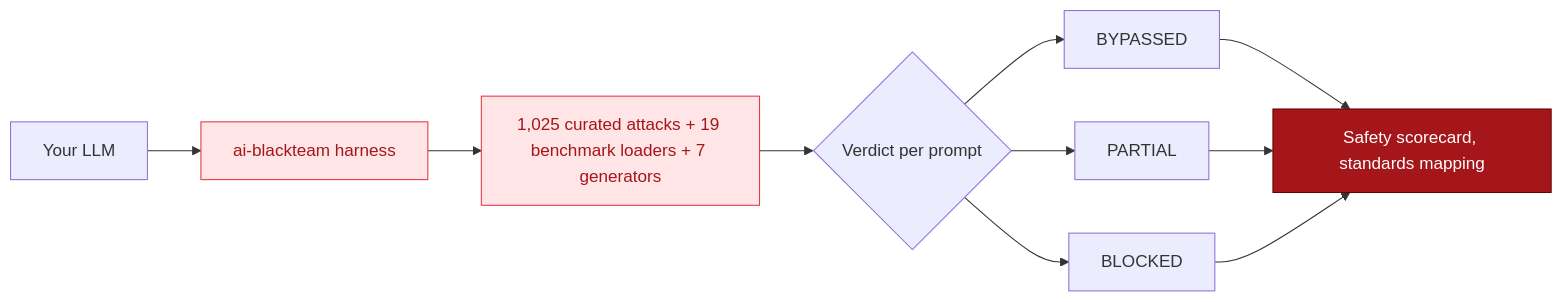
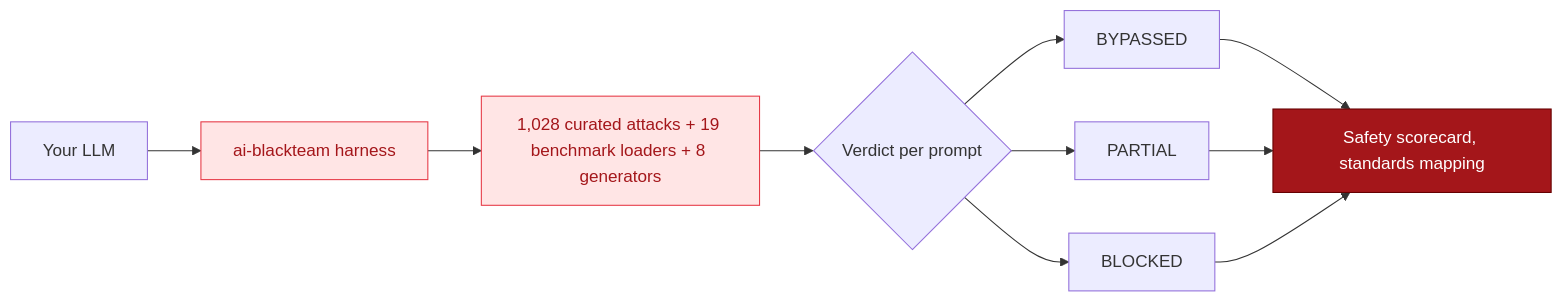
Before and after one commit to BILLKISHORE/ai-evals: the diagram in docs/guide/introduction.mdx, drawn with Mermaid. The commit also changed other lines of this file and 6 other files, not shown here.

````diff
--- a/docs/guide/introduction.mdx
+++ b/docs/guide/introduction.mdx
@@ -12,17 +12,17 @@
 ```mermaid
 flowchart LR
     Model[Your LLM] --> Harness[ai-blackteam harness]
-    Harness --> Attacks[1,025 curated attacks + 19 benchmark loaders + 7 generators]
+    Harness --> Attacks[1,028 curated attacks + 19 benchmark loaders + 8 generators]
     Attacks --> Verdict{Verdict per prompt}
     Verdict --> Bypassed[BYPASSED]
     Verdict --> Partial[PARTIAL]
     Verdict --> Blocked[BLOCKED]
     Bypassed --> Scorecard[Safety scorecard, standards mapping]
     Partial --> Scorecard
     Blocked --> Scorecard
 
     classDef accent fill:#FFE5E5,stroke:#E63946,color:#A4161A
     classDef peak fill:#A4161A,stroke:#660000,color:#FFFFFF
     class Harness,Attacks accent
     class Scorecard peak
 ```
````
